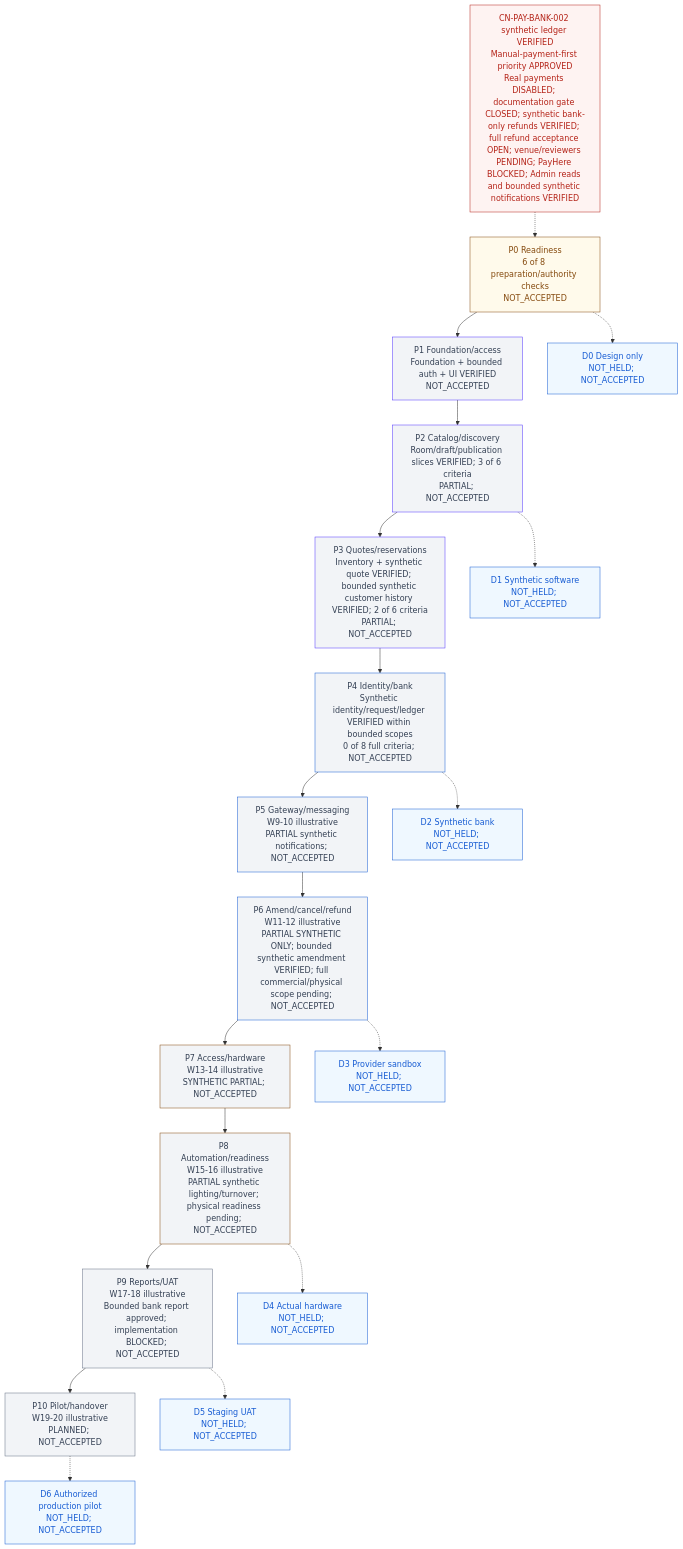
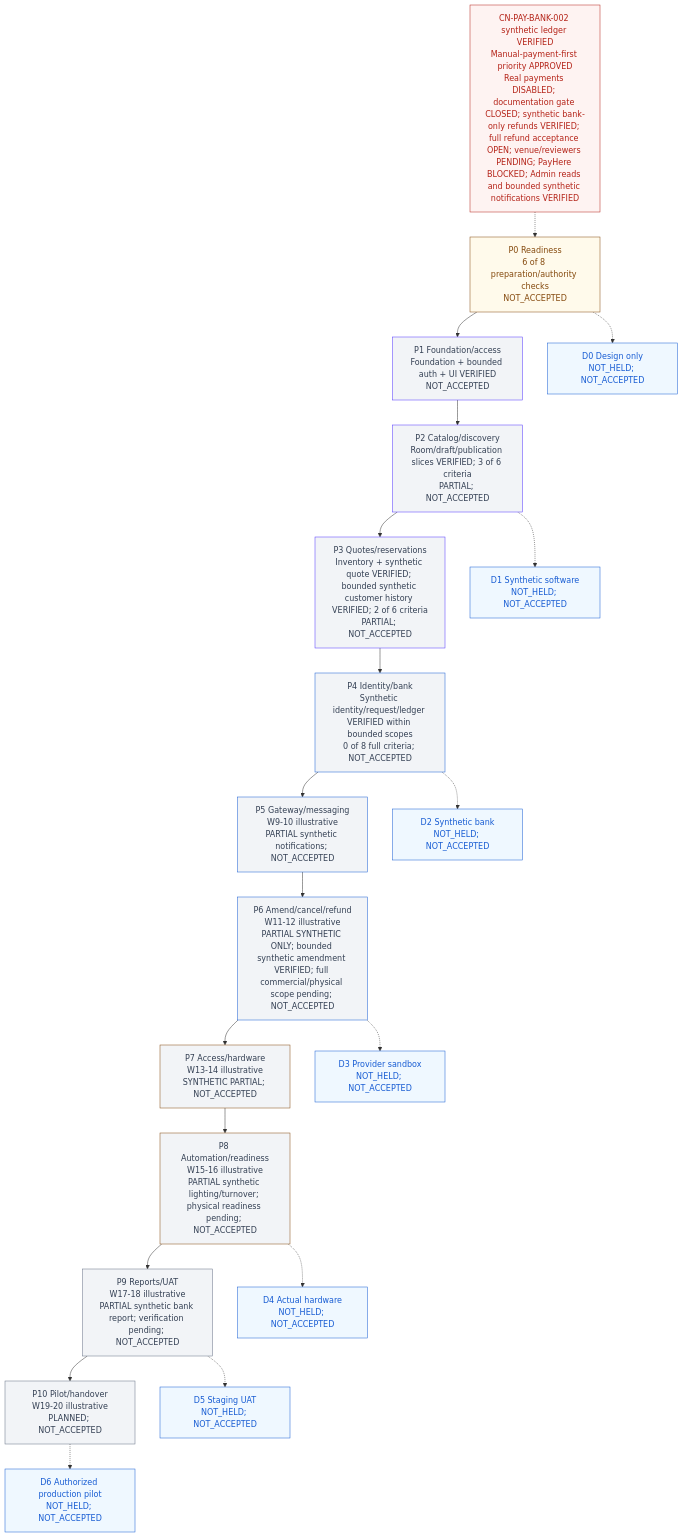
One commit to Hasitha3513/Theater-Project changed the diagram in knowledge/PROGRESS.md. Above: the diagram before and after it, drawn with Mermaid. The commit also changed other lines of this file and 34 other files, not shown here.

Commit message:
feat(reporting): add synthetic bank balance reconciliation

````diff
--- a/knowledge/PROGRESS.md
+++ b/knowledge/PROGRESS.md
@@ -313,45 +313,45 @@
 ```mermaid
 flowchart TB
   G["CN-PAY-BANK-002 synthetic ledger VERIFIED<br/>Manual-payment-first priority APPROVED<br/>Real payments DISABLED; documentation gate CLOSED; synthetic bank-only refunds VERIFIED; full refund acceptance OPEN; venue/reviewers PENDING; PayHere BLOCKED; Admin reads and bounded synthetic notifications VERIFIED"]
   P0["P0 Readiness<br/>6 of 8 preparation/authority checks<br/>NOT_ACCEPTED"]
   P1["P1 Foundation/access<br/>Foundation + bounded auth + UI VERIFIED<br/>NOT_ACCEPTED"]
   P2["P2 Catalog/discovery<br/>Room/draft/publication slices VERIFIED; 3 of 6 criteria<br/>PARTIAL; NOT_ACCEPTED"]
   P3["P3 Quotes/reservations<br/>Inventory + synthetic quote VERIFIED; bounded synthetic customer history VERIFIED; 2 of 6 criteria<br/>PARTIAL; NOT_ACCEPTED"]
   P4["P4 Identity/bank<br/>Synthetic identity/request/ledger VERIFIED within bounded scopes<br/>0 of 8 full criteria; NOT_ACCEPTED"]
   P5["P5 Gateway/messaging<br/>W9-10 illustrative<br/>PARTIAL synthetic notifications; NOT_ACCEPTED"]
   P6["P6 Amend/cancel/refund<br/>W11-12 illustrative<br/>PARTIAL SYNTHETIC ONLY; bounded synthetic amendment VERIFIED; full commercial/physical scope pending; NOT_ACCEPTED"]
   P7["P7 Access/hardware<br/>W13-14 illustrative<br/>SYNTHETIC PARTIAL; NOT_ACCEPTED"]
   P8["P8 Automation/readiness<br/>W15-16 illustrative<br/>PARTIAL synthetic lighting/turnover; physical readiness pending; NOT_ACCEPTED"]
-  P9["P9 Reports/UAT<br/>W17-18 illustrative<br/>Bounded bank report approved; implementation BLOCKED; NOT_ACCEPTED"]
+  P9["P9 Reports/UAT<br/>W17-18 illustrative<br/>PARTIAL synthetic bank report; verification pending; NOT_ACCEPTED"]
   P10["P10 Pilot/handover<br/>W19-20 illustrative<br/>PLANNED; NOT_ACCEPTED"]
   G -.-> P0
   P0 --> P1 --> P2 --> P3 --> P4 --> P5 --> P6 --> P7 --> P8 --> P9 --> P10
   D0["D0 Design only<br/>NOT_HELD; NOT_ACCEPTED"]
   D1["D1 Synthetic software<br/>NOT_HELD; NOT_ACCEPTED"]
   D2["D2 Synthetic bank<br/>NOT_HELD; NOT_ACCEPTED"]
   D3["D3 Provider sandbox<br/>NOT_HELD; NOT_ACCEPTED"]
   D4["D4 Actual hardware<br/>NOT_HELD; NOT_ACCEPTED"]
   D5["D5 Staging UAT<br/>NOT_HELD; NOT_ACCEPTED"]
   D6["D6 Authorized production pilot<br/>NOT_HELD; NOT_ACCEPTED"]
   P0 -.-> D0
   P2 -.-> D1
   P4 -.-> D2
   P6 -.-> D3
   P8 -.-> D4
   P9 -.-> D5
   P10 -.-> D6
   classDef readiness fill:#FFFAEB,color:#854A0E,stroke:#854A0E;
   classDef foundation fill:#F2F4F7,color:#344054,stroke:#5135FF;
   classDef financial fill:#F2F4F7,color:#344054,stroke:#175CD3;
   classDef physical fill:#F2F4F7,color:#344054,stroke:#854A0E;
   classDef release fill:#F2F4F7,color:#344054,stroke:#667085;
   classDef blocked fill:#FEF3F2,color:#B42318,stroke:#B42318;
   classDef demo fill:#EFF8FF,color:#175CD3,stroke:#175CD3;
   class P0 readiness;
   class P1,P2,P3 foundation;
   class P4,P5,P6 financial;
   class P7,P8 physical;
   class P9,P10 release;
   class G blocked;
   class D0,D1,D2,D3,D4,D5,D6 demo;
 ```
````
